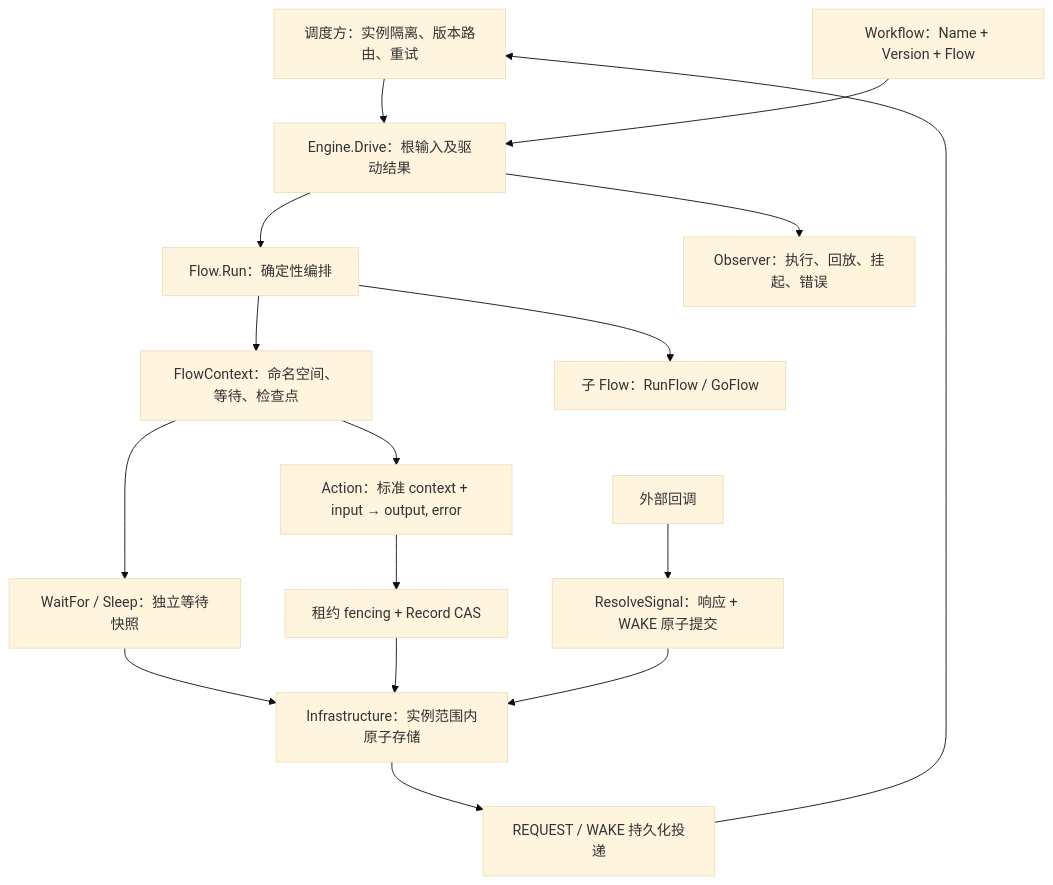
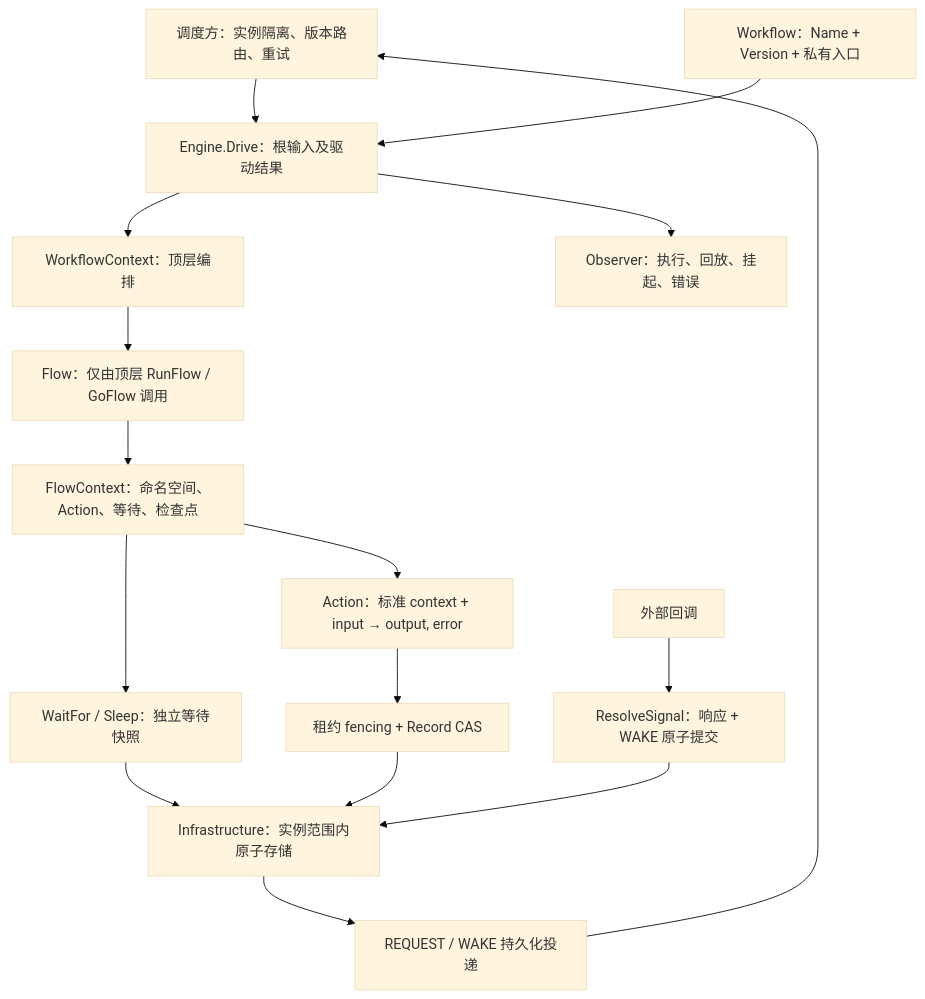
The diagram in workflow/DESIGN.md (k0923/go), drawn with Mermaid (base theme) before and after one commit. The commit also changed other lines of this file and 71 other files, not shown here.

````diff
--- a/workflow/DESIGN.md
+++ b/workflow/DESIGN.md
@@ -7,18 +7,18 @@
 ```mermaid
 flowchart TD
     Caller["调度方：实例隔离、版本路由、重试"] --> Engine["Engine.Drive：根输入及驱动结果"]
-    Definition["Workflow：Name + Version + Flow"] --> Engine
-    Engine --> Flow["Flow.Run：确定性编排"]
-    Flow --> Context["FlowContext：命名空间、等待、检查点"]
-    Flow --> Child["子 Flow：RunFlow / GoFlow"]
+    Definition["Workflow：Name + Version + 私有入口"] --> Engine
+    Engine --> Root["WorkflowContext：顶层编排"]
+    Root --> Flow["Flow：仅由顶层 RunFlow / GoFlow 调用"]
+    Flow --> Context["FlowContext：命名空间、Action、等待、检查点"]
     Context --> Action["Action：标准 context + input → output, error"]
     Context --> Wait["WaitFor / Sleep：独立等待快照"]
     Action --> Commit["租约 fencing + Record CAS"]
     Wait --> Store["Infrastructure：实例范围内原子存储"]
     Commit --> Store
     Callback["外部回调"] --> Resolve["ResolveSignal：响应 + WAKE 原子提交"]
     Resolve --> Store
     Store --> Delivery["REQUEST / WAKE 持久化投递"]
     Delivery --> Caller
     Engine --> Observer["Observer：执行、回放、挂起、错误"]
 ```
````
